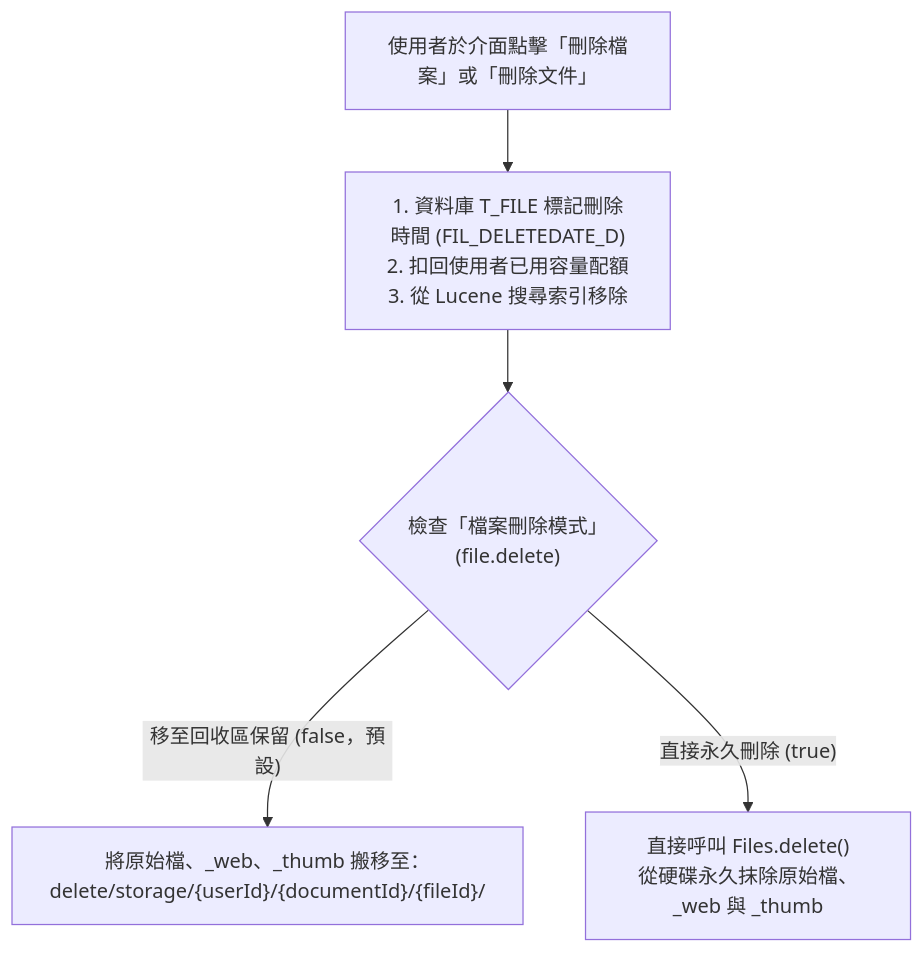
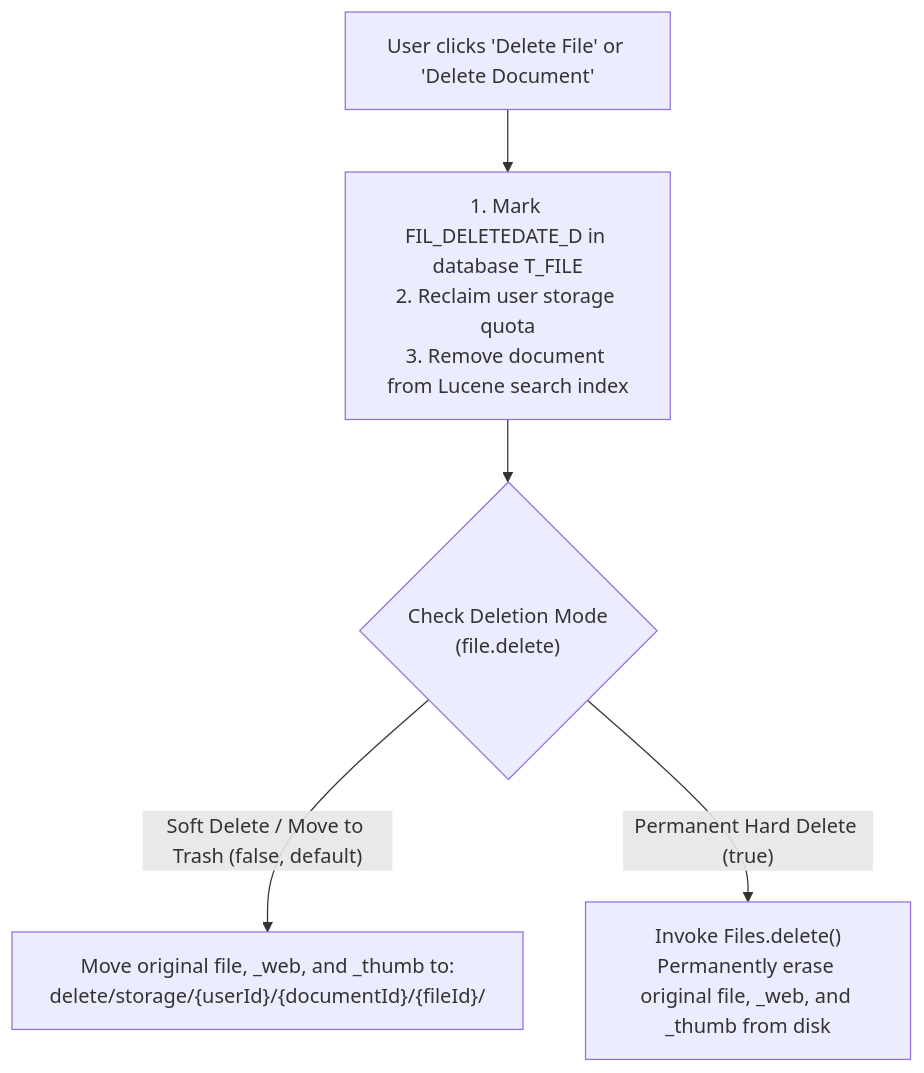
The third of 3 diagrams in STORAGE.md (kafeiou/FormosaBearV-Docs), drawn with Mermaid before and after one commit. The commit also changed other lines of this file and 47 other files, not shown here.

````diff
--- a/STORAGE.md
+++ b/STORAGE.md
@@ -90,7 +92,7 @@
 ```mermaid
 flowchart TD
-    DelAction["使用者於介面點擊「刪除檔案」或「刪除文件」"] --> DBUpdate["1. 資料庫 T_FILE 標記刪除時間 (FIL_DELETEDATE_D)<br/>2. 扣回使用者已用容量配額<br/>3. 從 Lucene 搜尋索引移除"]
-    DBUpdate --> CheckDelMode{"檢查「檔案刪除模式」<br/>(file.delete)"}
-    CheckDelMode -- "移至回收區保留 (false，預設)" --> MoveToDelete["將原始檔、_web、_thumb 搬移至：<br/>delete/storage/{userId}/{documentId}/{fileId}/"]
-    CheckDelMode -- "直接永久刪除 (true)" --> HardDelete["直接呼叫 Files.delete()<br/>從硬碟永久抹除原始檔、_web 與 _thumb"]
+    DelAction["User clicks 'Delete File' or 'Delete Document'"] --> DBUpdate["1. Mark FIL_DELETEDATE_D in database T_FILE<br/>2. Reclaim user storage quota<br/>3. Remove document from Lucene search index"]
+    DBUpdate --> CheckDelMode{"Check Deletion Mode<br/>(file.delete)"}
+    CheckDelMode -- "Soft Delete / Move to Trash (false, default)" --> MoveToDelete["Move original file, _web, and _thumb to:<br/>delete/storage/{userId}/{documentId}/{fileId}/"]
+    CheckDelMode -- "Permanent Hard Delete (true)" --> HardDelete["Invoke Files.delete()<br/>Permanently erase original file, _web, and _thumb from disk"]
 ```
````
